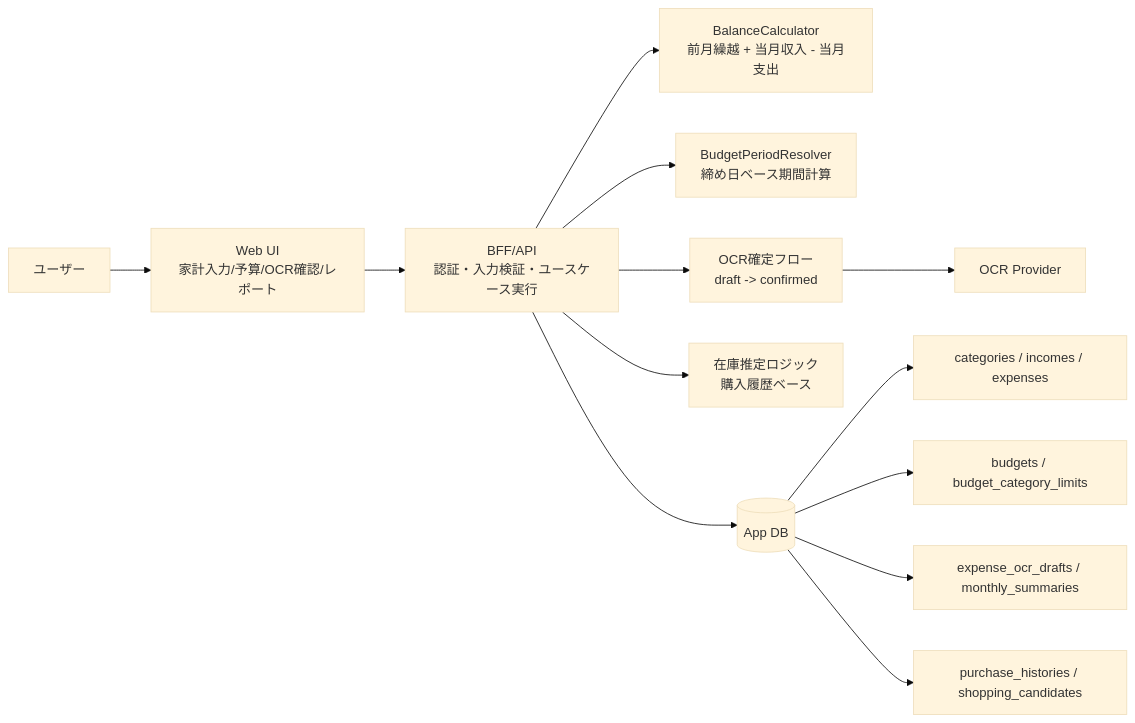
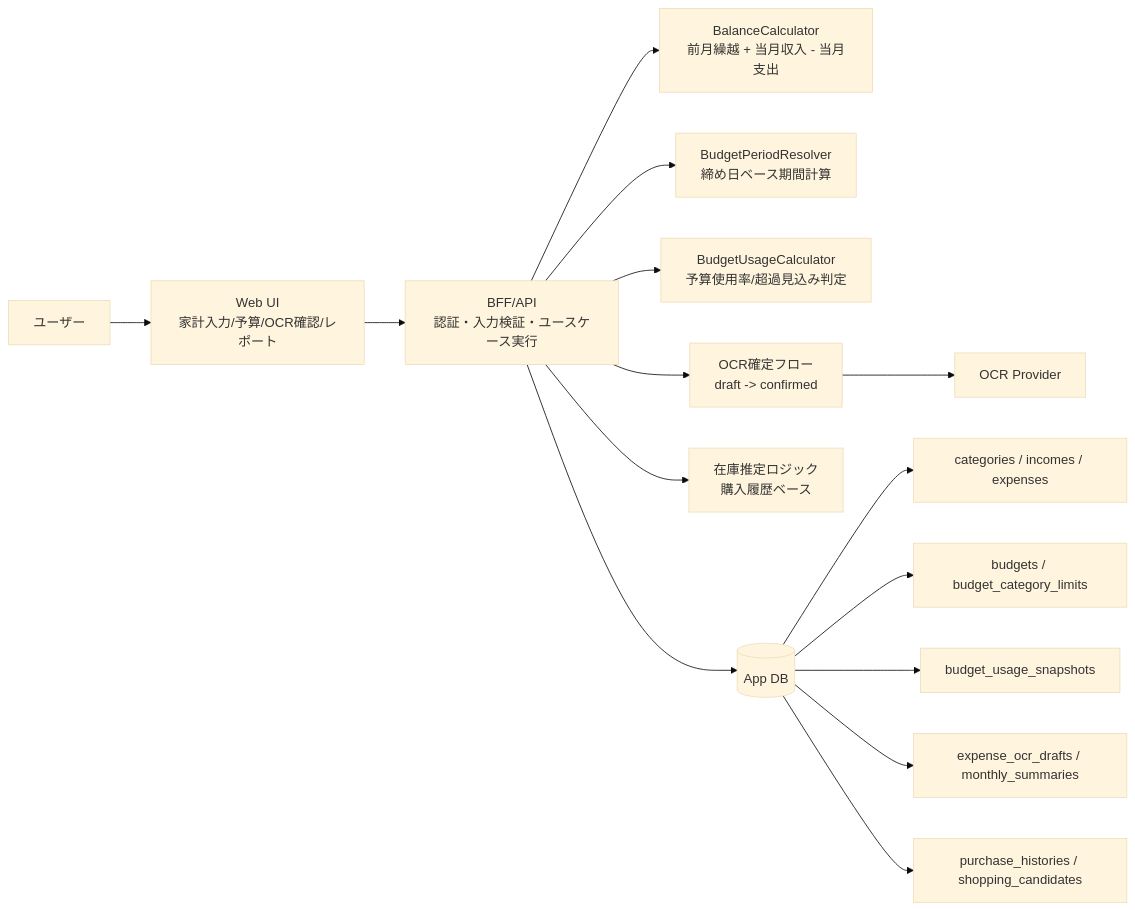
The first of 2 diagrams in docs/ssd/application-architecture-solo-life-support-v1.md (nigoh/stocko), drawn with Mermaid (base theme) before and after one commit. The commit also changed other lines of this file and 2 other files, not shown here.

````diff
--- a/docs/ssd/application-architecture-solo-life-support-v1.md
+++ b/docs/ssd/application-architecture-solo-life-support-v1.md
@@ -15,24 +16,27 @@
 ```mermaid
 flowchart LR
     U[ユーザー] --> FE[Web UI
 家計入力/予算/OCR確認/レポート]
     FE --> API[BFF/API
 認証・入力検証・ユースケース実行]
 
     API --> BC[BalanceCalculator
 前月繰越 + 当月収入 - 当月支出]
     API --> BR[BudgetPeriodResolver
 締め日ベース期間計算]
+    API --> BU[BudgetUsageCalculator
+予算使用率/超過見込み判定]
     API --> OCRFlow[OCR確定フロー
 draft -> confirmed]
     API --> Inv[在庫推定ロジック
 購入履歴ベース]
 
     OCRFlow --> OCR[OCR Provider]
 
     API --> DB[(App DB)]
     DB --> T1[categories / incomes / expenses]
     DB --> T2[budgets / budget_category_limits]
+    DB --> T2b[budget_usage_snapshots]
     DB --> T3[expense_ocr_drafts / monthly_summaries]
     DB --> T4[purchase_histories / shopping_candidates]
 ```
````
